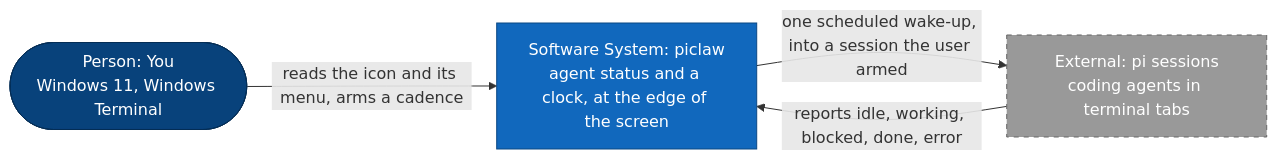
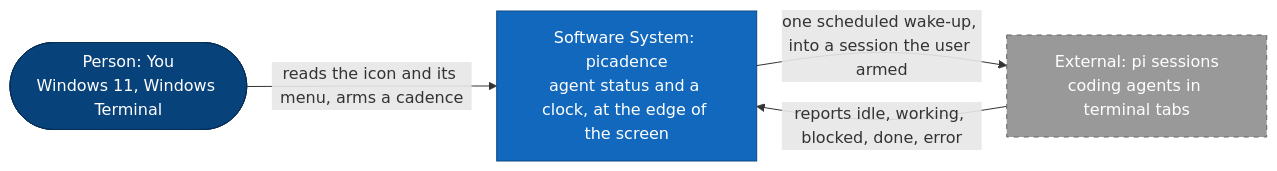
One commit to ypyl/picadence changed the first of 2 diagrams in ARCHITECTURE.md. Above: the diagram before and after it, drawn with Mermaid. The commit also changed other lines of this file and 80 other files, not shown here.

````diff
--- a/ARCHITECTURE.md
+++ b/ARCHITECTURE.md
@@ -12,20 +12,20 @@
 ```mermaid
 flowchart LR
   user(["Person: You<br/>Windows 11, Windows Terminal"])
 
-  system["Software System: piclaw<br/>agent status and a clock, at the edge of the screen"]
+  system["Software System: picadence<br/>agent status and a clock, at the edge of the screen"]
 
   pi["External: pi sessions<br/>coding agents in terminal tabs"]
 
   user -->|"reads the icon and its menu, arms a cadence"| system
   pi -->|"reports idle, working, blocked, done, error"| system
   system -->|"one scheduled wake-up, into a session the user armed"| pi
 
   classDef person fill:#08427B,color:#fff,stroke:#052E56
   classDef system fill:#1168BD,color:#fff,stroke:#0B4884
   classDef external fill:#999999,color:#fff,stroke:#666666,stroke-dasharray:5 5
 
   class user person
   class system system
   class pi external
 ```
````
